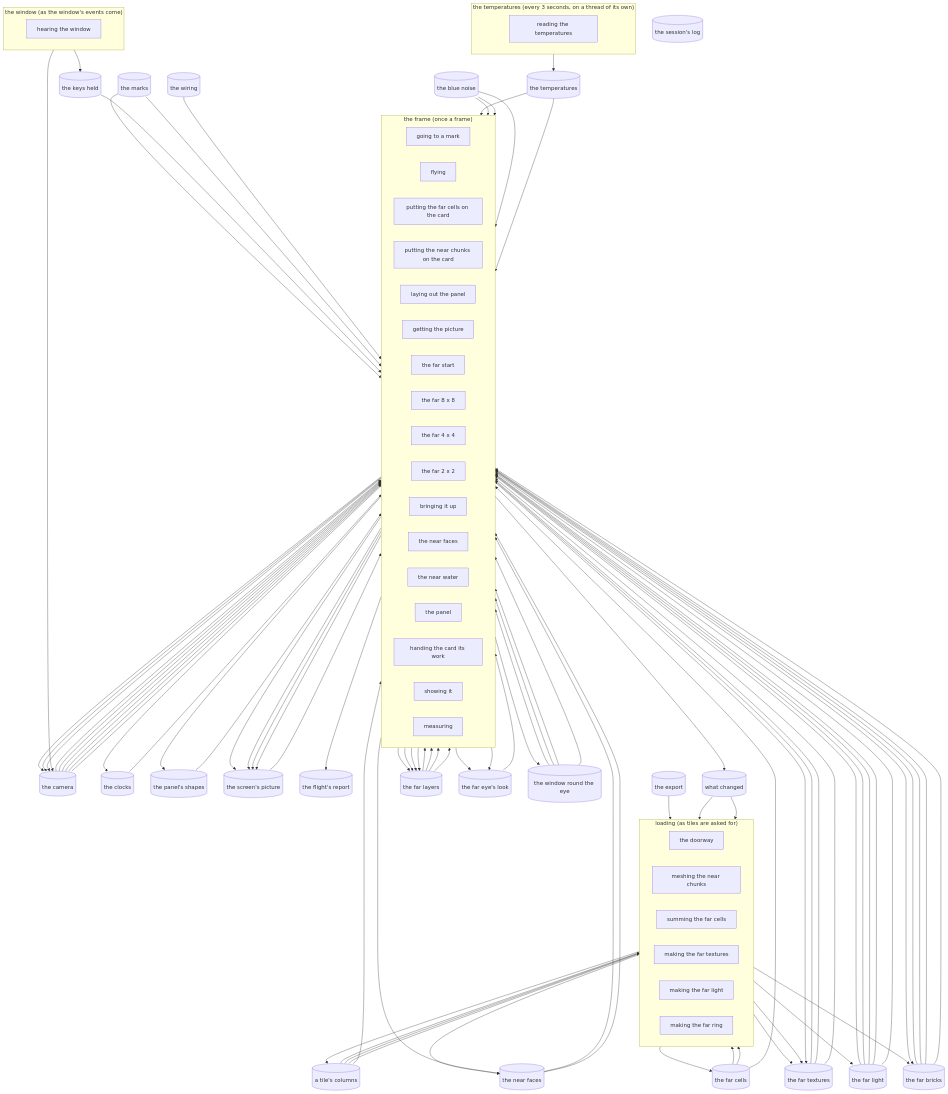
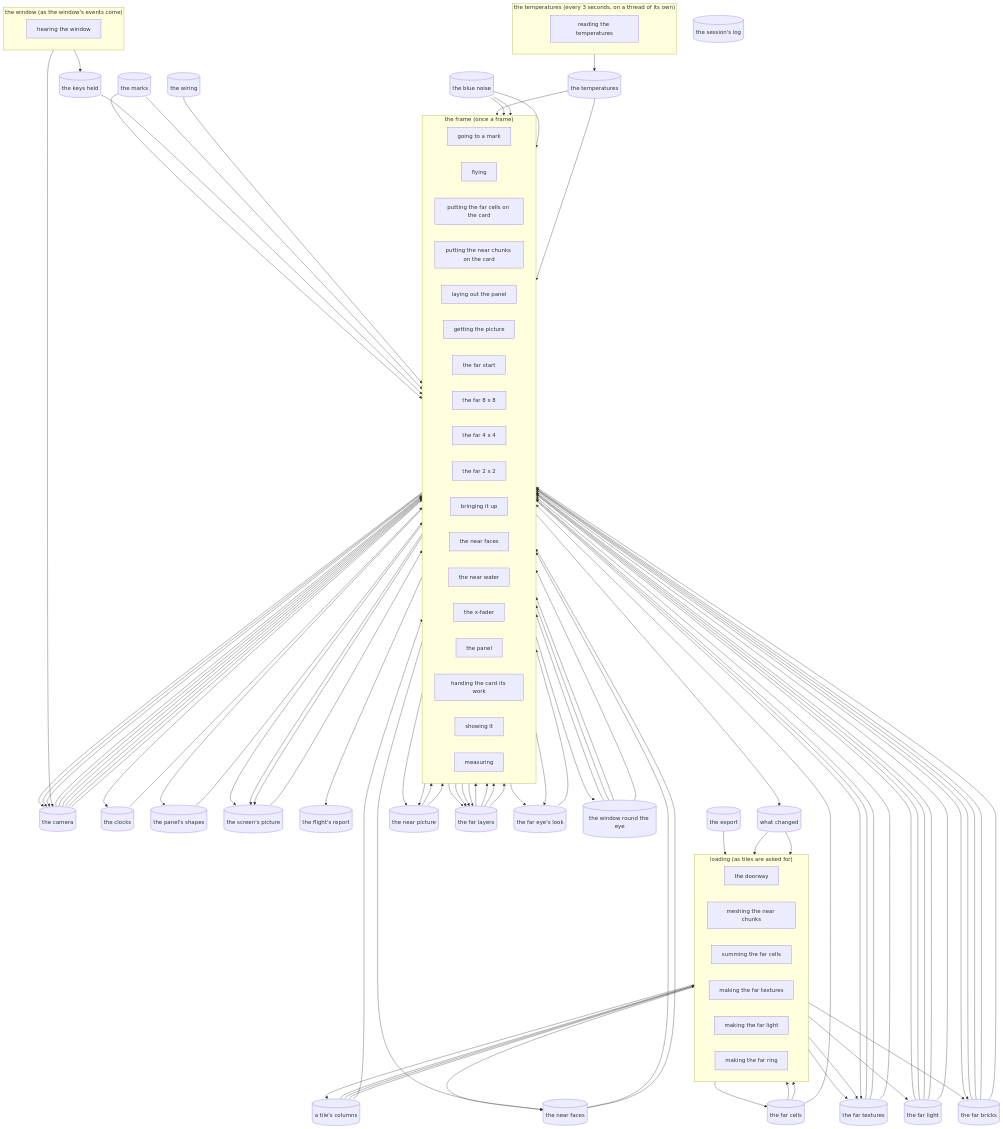
The diagram in master/map.md (david138collins/incus-artus), drawn with Mermaid before and after one commit. The commit also changed other lines of this file and 9 other files, not shown here.

```diff
--- a/master/map.md
+++ b/master/map.md
@@ -29,6 +29,7 @@
     pass_bringing_it_up["bringing it up"]
     pass_the_near_faces["the near faces"]
     pass_the_near_water["the near water"]
+    pass_the_x_fader["the x-fader"]
     pass_the_panel["the panel"]
     pass_handing_the_card_its_work["handing the card its work"]
     pass_showing_it["showing it"]
@@ -61,6 +62,7 @@
   store_what_changed[("what changed")]
   store_the_far_cells[("the far cells")]
   store_the_near_faces[("the near faces")]
+  store_the_near_picture[("the near picture")]
   store_the_far_bricks[("the far bricks")]
   store_the_far_layers[("the far layers")]
   store_the_far_eye_s_look[("the far eye's look")]
@@ -123,11 +125,14 @@
   store_the_near_faces --> pass_the_near_faces
   store_the_far_light --> pass_the_near_faces
   store_the_camera --> pass_the_near_faces
-  pass_the_near_faces --> store_the_screen_s_picture
+  pass_the_near_faces --> store_the_near_picture
   store_the_near_faces --> pass_the_near_water
+  store_the_near_picture --> pass_the_near_water
   store_the_far_light --> pass_the_near_water
   store_the_camera --> pass_the_near_water
-  pass_the_near_water --> store_the_screen_s_picture
+  pass_the_near_water --> store_the_near_picture
+  store_the_near_picture --> pass_the_x_fader
+  pass_the_x_fader --> store_the_screen_s_picture
   store_the_panel_s_shapes --> pass_the_panel
   pass_the_panel --> store_the_screen_s_picture
   store_the_screen_s_picture --> pass_showing_it
```
